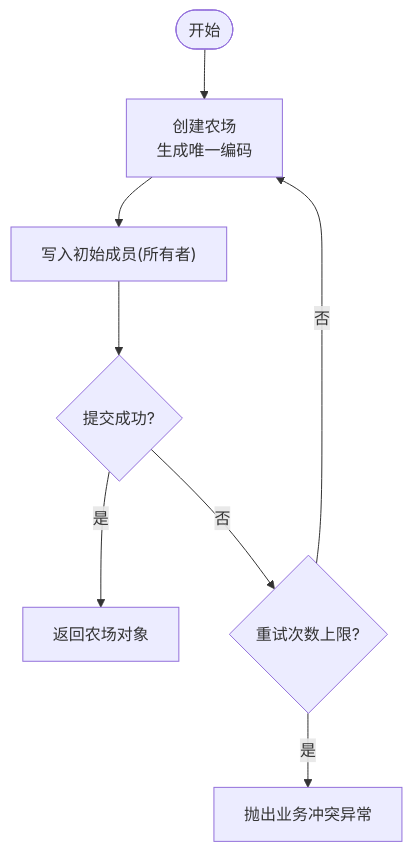
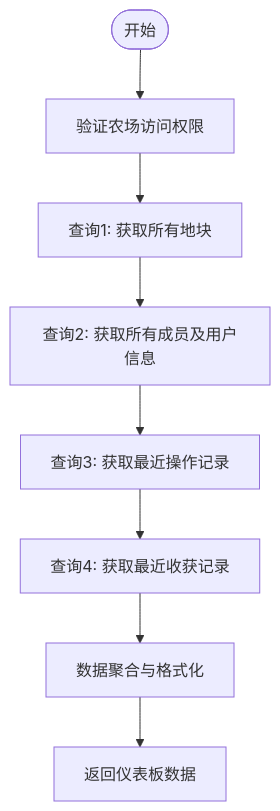
One commit to wungjyan/pocket-farm changed the third of 6 diagrams in .qoder/repowiki/zh/content/系统架构/后端架构/后端架构.md. Above: the diagram before and after it, drawn with Mermaid. The commit also changed other lines of this file and 198 other files, not shown here.

````diff
--- a/.qoder/repowiki/zh/content/系统架构/后端架构/后端架构.md
+++ b/.qoder/repowiki/zh/content/系统架构/后端架构/后端架构.md
@@ -142,10 +169,10 @@
 ```mermaid
 flowchart TD
-Start(["开始"]) --> CreateFarm["创建农场<br/>生成唯一编码"]
-CreateFarm --> FlushMember["写入初始成员(所有者)"]
-FlushMember --> Commit{"提交成功?"}
-Commit --> |是| ReturnFarm["返回农场对象"]
-Commit --> |否| Retry{"重试次数上限?"}
-Retry --> |否| CreateFarm
-Retry --> |是| Conflict["抛出业务冲突异常"]
+Start(["开始"]) --> Auth["验证农场访问权限"]
+Auth --> Query1["查询1: 获取所有地块"]
+Query1 --> Query2["查询2: 获取所有成员及用户信息"]
+Query2 --> Query3["查询3: 获取最近操作记录"]
+Query3 --> Query4["查询4: 获取最近收获记录"]
+Query4 --> Aggregate["数据聚合与格式化"]
+Aggregate --> Return["返回仪表板数据"]
 ```
````
